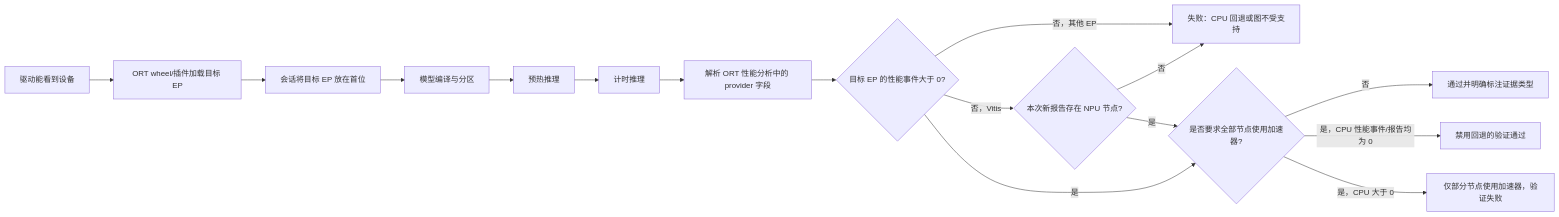
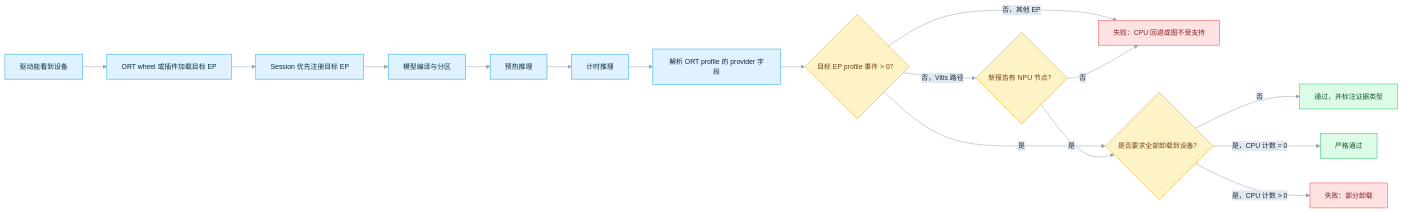
The eighth of 9 diagrams in AMD/README.zh-CN.md (DakeQQ/Tutorial-ONNX-Runtime-Execution-Providers), drawn with Mermaid before and after one commit. The commit also changed other lines of this file and 15 other files, not shown here.

````diff
--- a/AMD/README.zh-CN.md
+++ b/AMD/README.zh-CN.md
@@ -1213,18 +1326,28 @@
 ```mermaid
+%%{init: {"theme":"base","themeVariables":{"fontSize":"14px","lineColor":"#94a3b8","edgeLabelBackground":"#e2e8f0","primaryTextColor":"#1e293b"}}}%%
 flowchart LR
-    A[驱动能看到设备] --> B[ORT wheel/插件加载目标 EP]
-    B --> C[会话将目标 EP 放在首位]
-    C --> D[模型编译与分区]
-    D --> E[预热推理]
-    E --> F[计时推理]
-    F --> G[解析 ORT 性能分析中的 provider 字段]
-    G --> H{目标 EP 的性能事件大于 0?}
-    H -->|否，Vitis| N{本次新报告存在 NPU 节点?}
-    H -->|否，其他 EP| I[失败：CPU 回退或图不受支持]
+    A["驱动能看到设备"] --> B["ORT wheel 或插件加载目标 EP"]
+    B --> C["Session 优先注册目标 EP"]
+    C --> D["模型编译与分区"]
+    D --> E["预热推理"]
+    E --> F["计时推理"]
+    F --> G["解析 ORT profile 的 provider 字段"]
+    G --> H{"目标 EP profile 事件 > 0？"}
+    H -->|否，Vitis 路径| N{"新报告有 NPU 节点？"}
+    H -->|否，其他 EP| I["失败：CPU 回退或图不受支持"]
     N -->|否| I
+    H -->|是| J{"是否要求全部卸载到设备？"}
     N -->|是| J
-    H -->|是| J{是否要求全部节点使用加速器?}
-    J -->|否| K[通过并明确标注证据类型]
-    J -->|是，CPU 性能事件/报告均为 0| L[禁用回退的验证通过]
-    J -->|是，CPU 大于 0| M[仅部分节点使用加速器，验证失败]
+    J -->|否| K["通过，并标注证据类型"]
+    J -->|"是，CPU 计数 = 0"| L["严格通过"]
+    J -->|"是，CPU 计数 > 0"| M["失败：部分卸载"]
+
+    classDef step fill:#e0f2fe,stroke:#0ea5e9,color:#0c2a3d;
+    classDef dec fill:#fef3c7,stroke:#f59e0b,color:#713f12;
+    classDef good fill:#dcfce7,stroke:#22c55e,color:#14532d;
+    classDef bad fill:#fee2e2,stroke:#ef4444,color:#7f1d1d;
+    class A,B,C,D,E,F,G step;
+    class H,J,N dec;
+    class K,L good;
+    class I,M bad;
 ```
````
